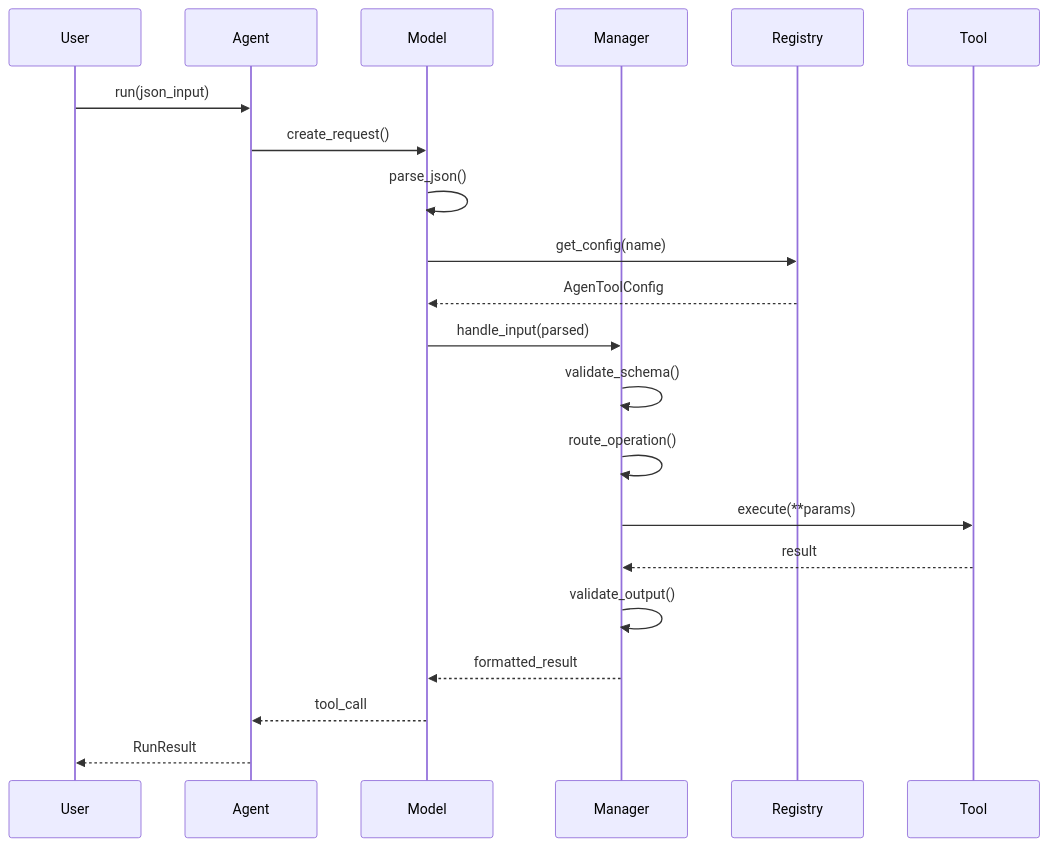
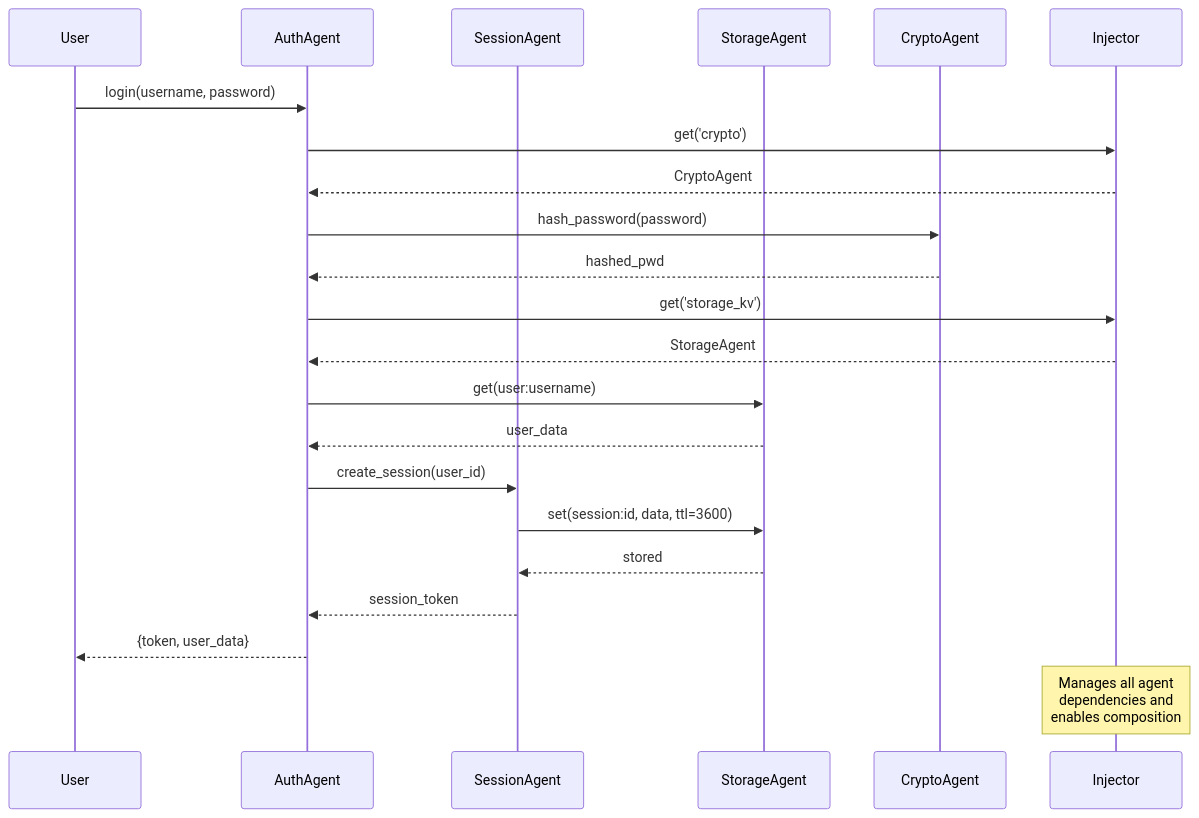
Before and after one commit to fblgit/agentool: the fourth of 6 diagrams in README.md, drawn with Mermaid. The commit also changed other lines of this file, not shown here.

````diff
--- a/README.md
+++ b/README.md
@@ -513,24 +263,29 @@
 ```mermaid
 sequenceDiagram
     participant User
-    participant Agent
-    participant Model
-    participant Manager
-    participant Registry
-    participant Tool
+    participant AuthAgent
+    participant SessionAgent
+    participant StorageAgent
+    participant CryptoAgent
+    participant Injector
     
-    User->>Agent: run(json_input)
-    Agent->>Model: create_request()
-    Model->>Model: parse_json()
-    Model->>Registry: get_config(name)
-    Registry-->>Model: AgenToolConfig
-    Model->>Manager: handle_input(parsed)
-    Manager->>Manager: validate_schema()
-    Manager->>Manager: route_operation()
-    Manager->>Tool: execute(**params)
-    Tool-->>Manager: result
-    Manager->>Manager: validate_output()
-    Manager-->>Model: formatted_result
-    Model-->>Agent: tool_call
-    Agent-->>User: RunResult
+    User->>AuthAgent: login(username, password)
+    AuthAgent->>Injector: get('crypto')
+    Injector-->>AuthAgent: CryptoAgent
+    AuthAgent->>CryptoAgent: hash_password(password)
+    CryptoAgent-->>AuthAgent: hashed_pwd
+    
+    AuthAgent->>Injector: get('storage_kv')
+    Injector-->>AuthAgent: StorageAgent
+    AuthAgent->>StorageAgent: get(user:username)
+    StorageAgent-->>AuthAgent: user_data
+    
+    AuthAgent->>SessionAgent: create_session(user_id)
+    SessionAgent->>StorageAgent: set(session:id, data, ttl=3600)
+    StorageAgent-->>SessionAgent: stored
+    
+    SessionAgent-->>AuthAgent: session_token
+    AuthAgent-->>User: {token, user_data}
+    
+    Note over Injector: Manages all agent<br/>dependencies and<br/>enables composition
 ```
````
